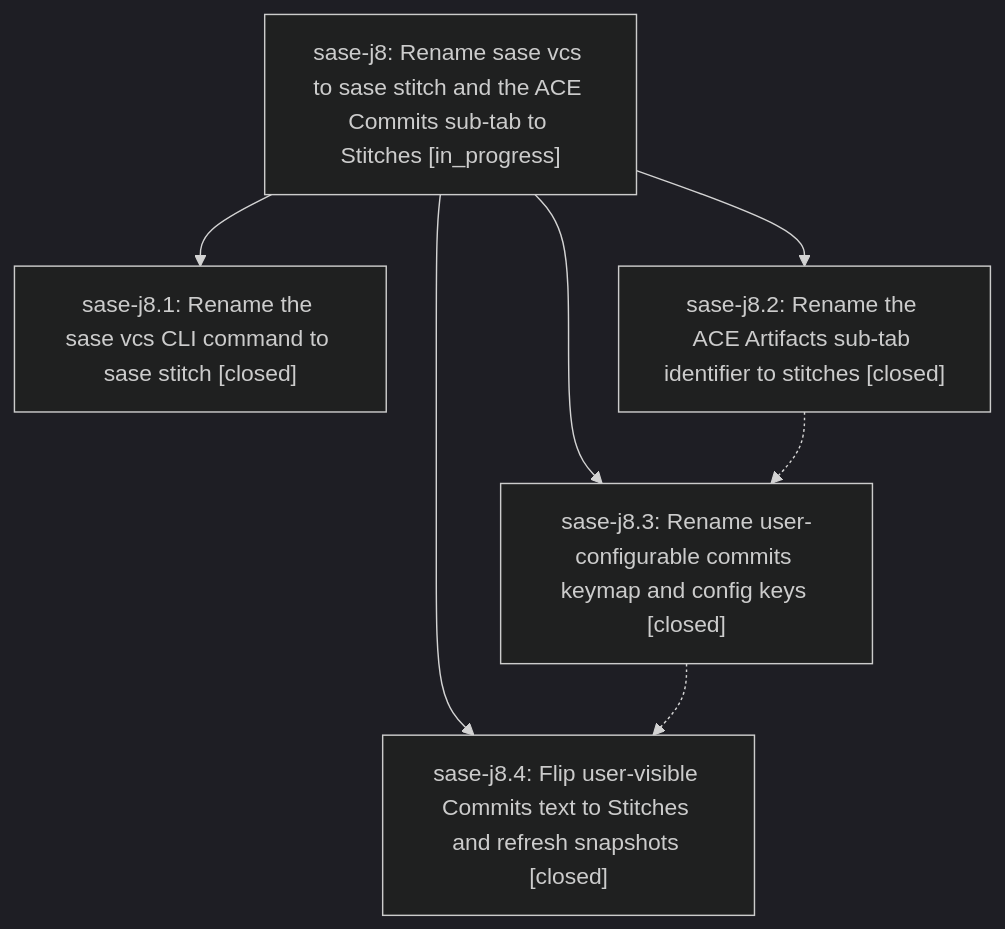
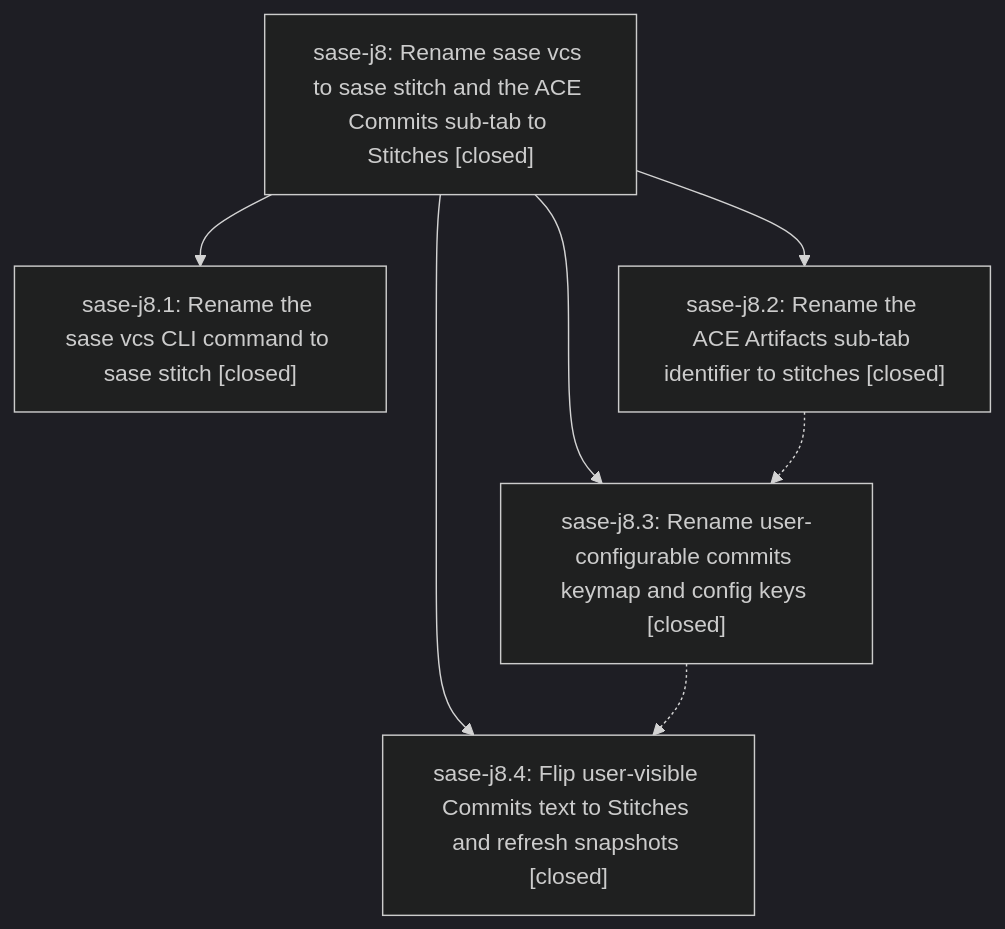
The diagram in pages/sase-j8/README.md (sase-org/sase--beads), drawn with Mermaid (dark theme) before and after one commit. The commit also changed other lines of this file, not shown here.

First line of the commit message:
chore(beads): sync bead state and pages for sase-j8

````diff
--- a/pages/sase-j8/README.md
+++ b/pages/sase-j8/README.md
@@ -25,14 +59,14 @@
 ```mermaid
 flowchart TD
-    n0["sase-j8: Rename sase vcs to sase stitch and the ACE Commits sub-tab to Stitches [in_progress]"]
+    n0["sase-j8: Rename sase vcs to sase stitch and the ACE Commits sub-tab to Stitches [closed]"]
     n1["sase-j8.1: Rename the sase vcs CLI command to sase stitch [closed]"]
     n2["sase-j8.2: Rename the ACE Artifacts sub-tab identifier to stitches [closed]"]
     n3["sase-j8.3: Rename user-configurable commits keymap and config keys [closed]"]
     n4["sase-j8.4: Flip user-visible Commits text to Stitches and refresh snapshots [closed]"]
     n0 --> n1
     n0 --> n2
     n0 --> n3
     n0 --> n4
     n2 -.-> n3
     n3 -.-> n4
 ```
````
